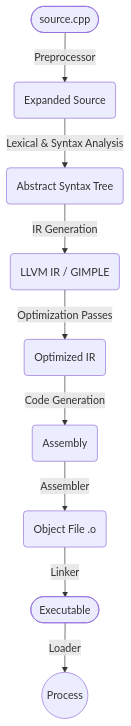
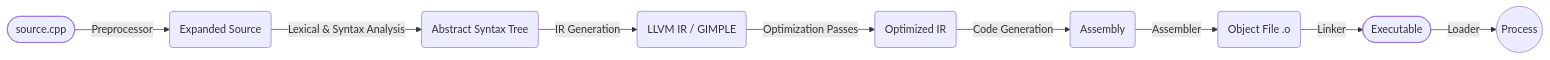
The second of 6 diagrams in README.md (RustamSheoran/cpp-roadmap), drawn with Mermaid before and after one commit. The commit also changed other lines of this file, not shown here.

````diff
--- a/README.md
+++ b/README.md
@@ -197,11 +183,11 @@
 ```mermaid
-flowchart TD
+flowchart LR
     A([source.cpp]) -->|Preprocessor| B(Expanded Source)
     B -->|Lexical & Syntax Analysis| AST(Abstract Syntax Tree)
     AST -->|IR Generation| IR(LLVM IR / GIMPLE)
     IR -->|Optimization Passes| OPT(Optimized IR)
     OPT -->|Code Generation| C(Assembly)
     C -->|Assembler| D(Object File .o)
     D -->|Linker| E([Executable])
     E -->|Loader| F((Process))
 ```
````
